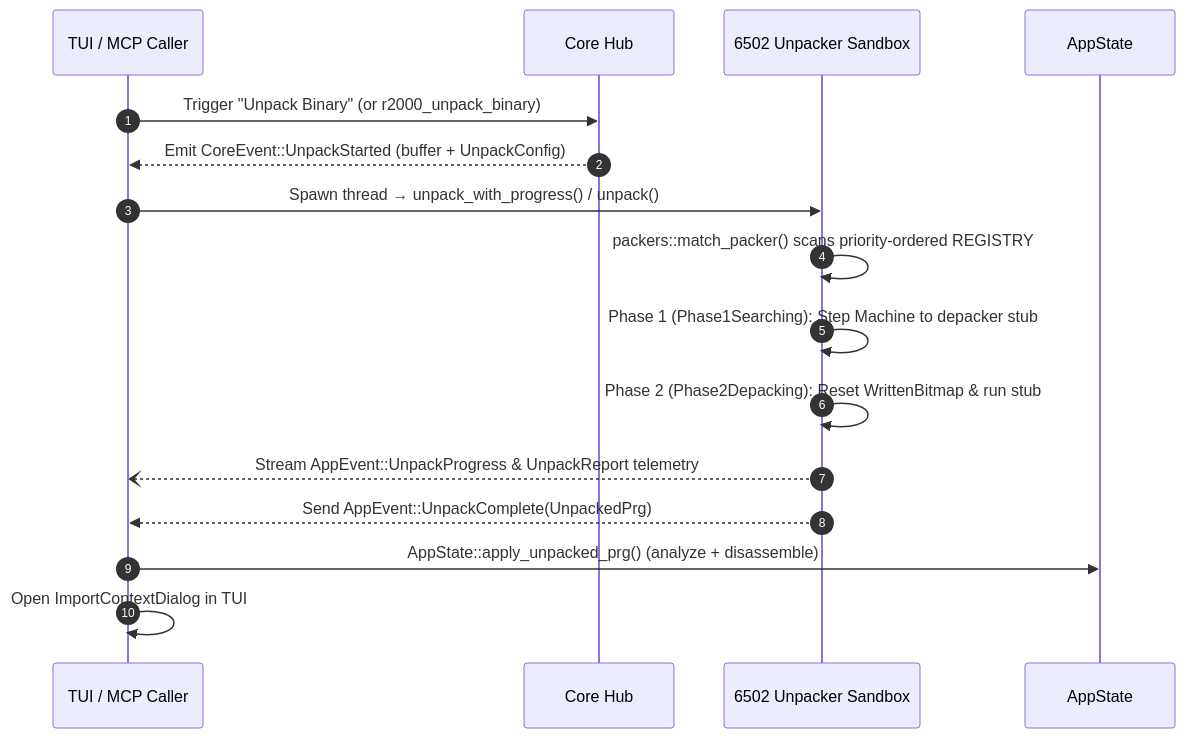
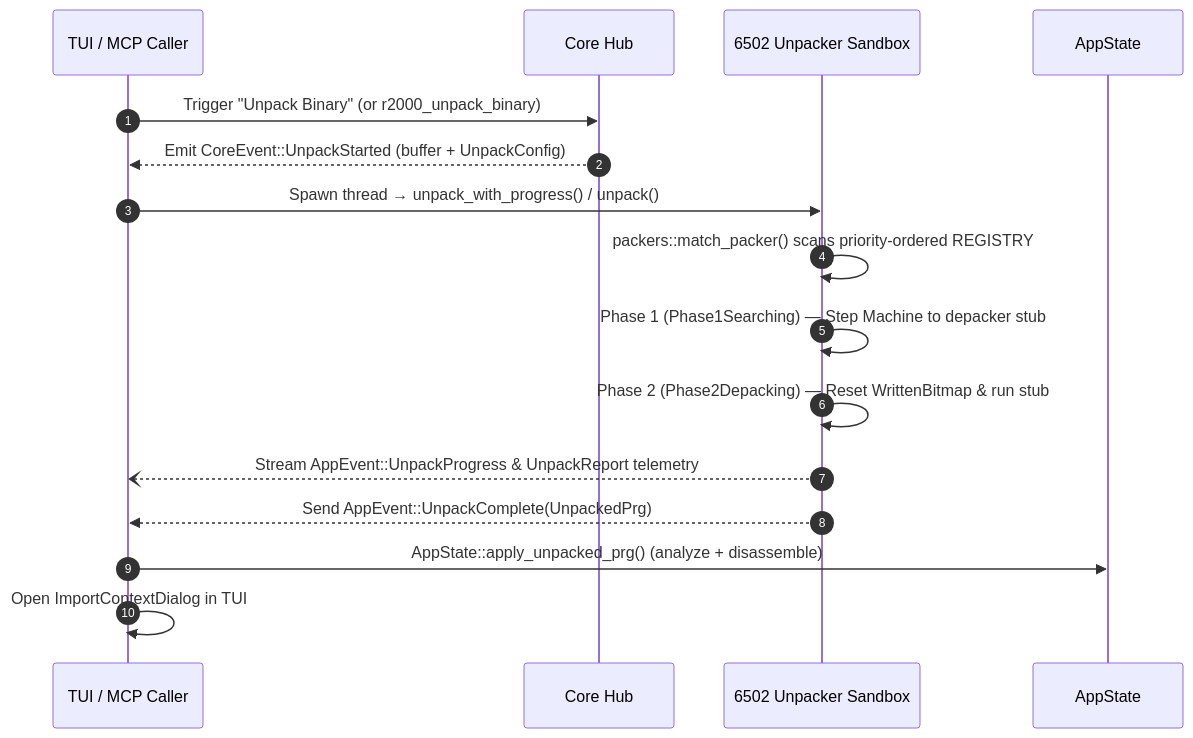
One commit to ricardoquesada/regenerator2000 changed the tenth of 11 diagrams in docs/architecture.md. Above: the diagram before and after it, drawn with Mermaid. The commit also changed other lines of this file, not shown here.

First line of the commit message:
Fix Mermaid v11 syntax errors and replace MathJax in architecture docs

````diff
--- a/docs/architecture.md
+++ b/docs/architecture.md
@@ -593,19 +593,19 @@
 ```mermaid
 sequenceDiagram
     autonumber
     participant Caller as TUI / MCP Caller
     participant Core as Core Hub
     participant Sandbox as 6502 Unpacker Sandbox
     participant State as AppState
 
     Caller->>Core: Trigger "Unpack Binary" (or r2000_unpack_binary)
     Core-->>Caller: Emit CoreEvent::UnpackStarted (buffer + UnpackConfig)
     Caller->>Sandbox: Spawn thread → unpack_with_progress() / unpack()
     Sandbox->>Sandbox: packers::match_packer() scans priority-ordered REGISTRY
-    Sandbox->>Sandbox: Phase 1 (Phase1Searching): Step Machine to depacker stub
-    Sandbox->>Sandbox: Phase 2 (Phase2Depacking): Reset WrittenBitmap & run stub
+    Sandbox->>Sandbox: Phase 1 (Phase1Searching) — Step Machine to depacker stub
+    Sandbox->>Sandbox: Phase 2 (Phase2Depacking) — Reset WrittenBitmap & run stub
     Sandbox--)Caller: Stream AppEvent::UnpackProgress & UnpackReport telemetry
     Sandbox-->>Caller: Send AppEvent::UnpackComplete(UnpackedPrg)
     Caller->>State: AppState::apply_unpacked_prg() (analyze + disassemble)
     Caller->>Caller: Open ImportContextDialog in TUI
 ```
````
